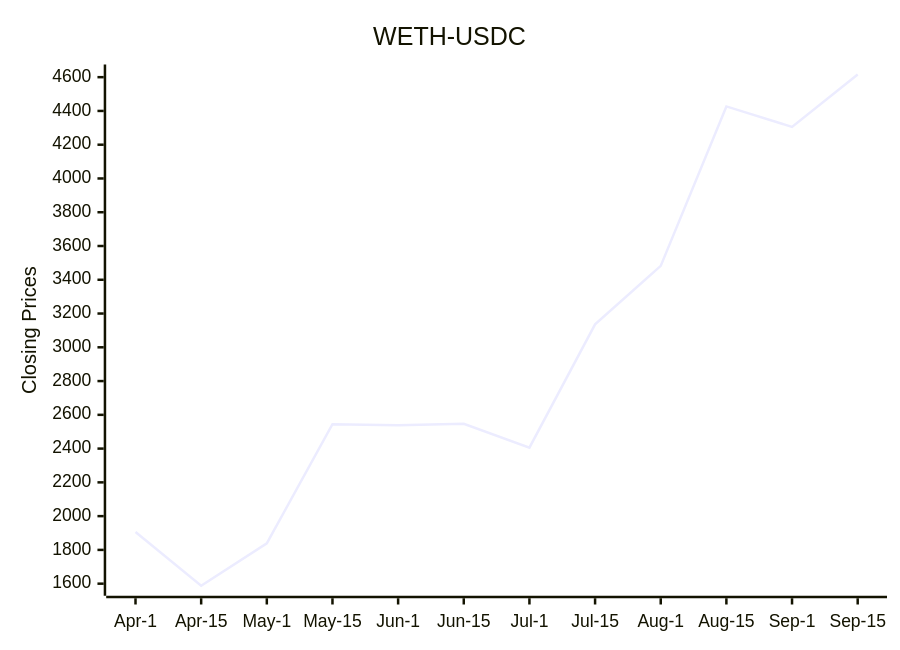
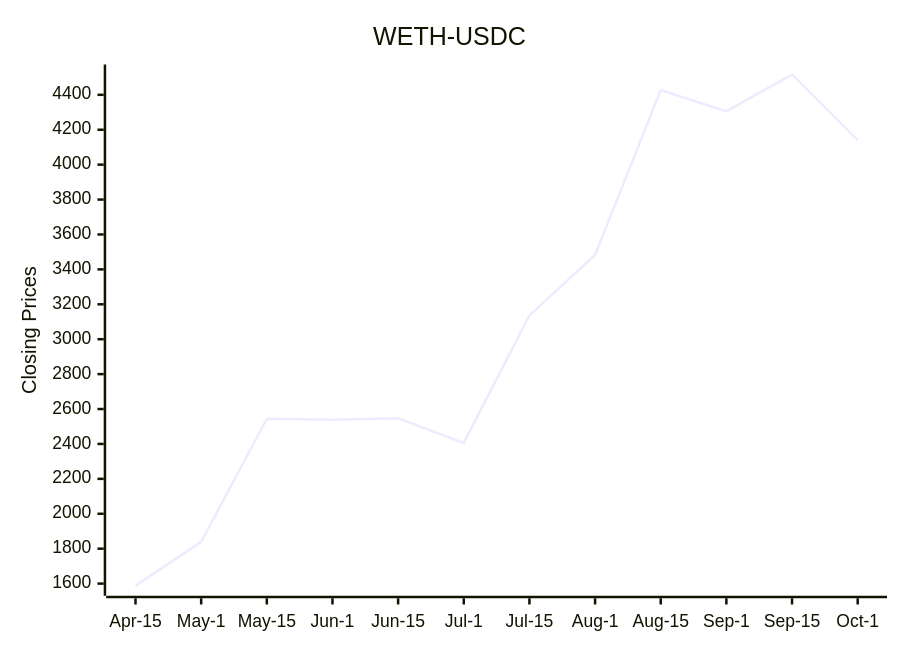
One commit to bicced/ReadmeCryptoPriceChart changed the diagram in README.md. Above: the diagram before and after it, drawn with Mermaid.

Commit message:
Update README with latest DEX data

````diff
--- a/README.md
+++ b/README.md
@@ -6,7 +6,7 @@
 ```mermaid
 xychart-beta
   title "WETH-USDC"
-  x-axis [Apr-1,Apr-15,May-1,May-15,Jun-1,Jun-15,Jul-1,Jul-15,Aug-1,Aug-15,Sep-1,Sep-15]
-  y-axis "Closing Prices" 1587.66 --> 4615.81427087597
-  line [1905.62,1587.66,1839.06,2544.38,2538.04,2547.02,2405.73,3136.3,3482.42836863059,4426.73412630884,4305.29196667193,4615.81427087597]
+  x-axis [Apr-15,May-1,May-15,Jun-1,Jun-15,Jul-1,Jul-15,Aug-1,Aug-15,Sep-1,Sep-15,Oct-1]
+  y-axis "Closing Prices" 1587.66 --> 4516.39403113754
+  line [1587.66,1839.06,2544.38,2538.04,2547.02,2405.73,3136.3,3482.42836863059,4426.73412630884,4305.29196667193,4516.39403113754,4139.40029810346]
 ```
````
